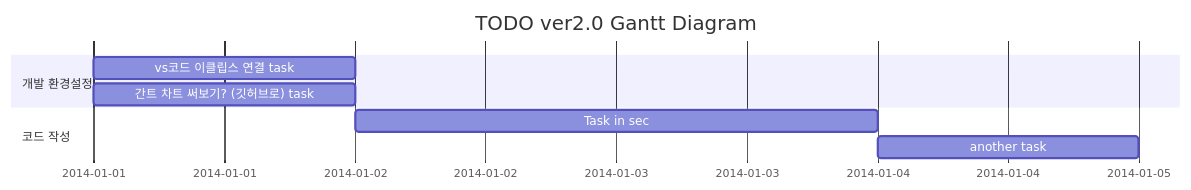
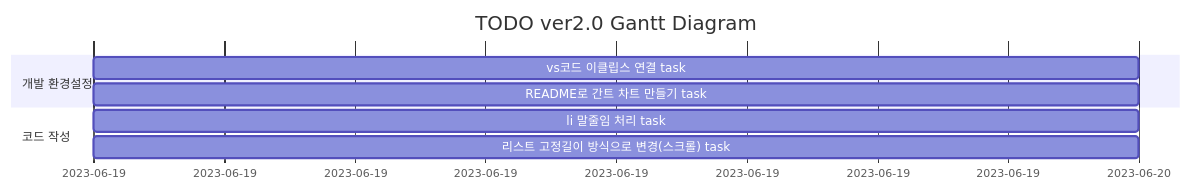
Before and after one commit to UDONGSALI/Toy-Project: the diagram in README.md, drawn with Mermaid.

````diff
--- a/README.md
+++ b/README.md
@@ -1,11 +1,11 @@
 ```mermaid
 gantt
     title TODO ver2.0 Gantt Diagram
     dateFormat  YYYY-MM-DD
     section 개발 환경설정
-    vs코드 이클립스 연결 task           :a1, 2014-01-01, 1d
-    간트 차트 써보기? (깃허브로) task     :a1, 2014-01-01, 1d
+    vs코드 이클립스 연결 task           :2023-06-19, 1d
+    README로 간트 차트 만들기 task     :2023-06-19, 1d
     section 코드 작성
-    Task in sec      :2014-01-02  , 2d
-    another task      : 1d
+    li 말줄임 처리 task      : 2023-06-19, 1d
+    리스트 고정길이 방식으로 변경(스크롤) task      : 2023-06-19, 1d
 ```
````
